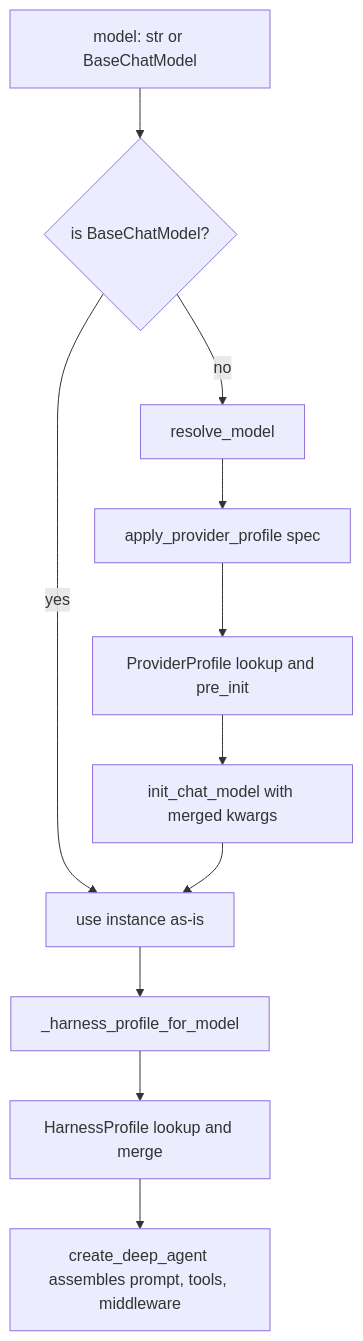
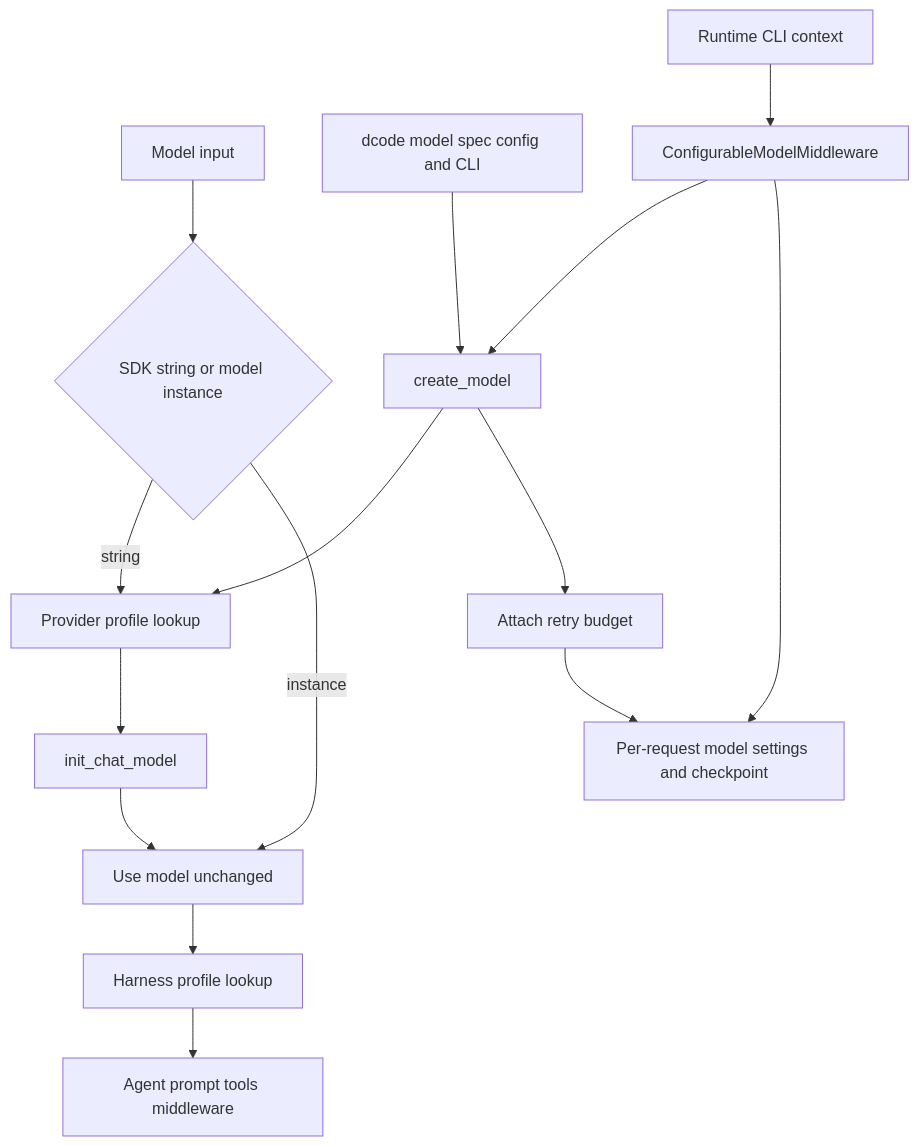
One commit to langchain-ai/deepagents changed the diagram in openwiki/concepts/profiles-models.md. Above: the diagram before and after it, drawn with Mermaid. The commit also changed other lines of this file and 63 other files, not shown here.

````diff
--- a/openwiki/concepts/profiles-models.md
+++ b/openwiki/concepts/profiles-models.md
@@ -66,13 +45,17 @@
 ```mermaid
 flowchart TD
-    A["model: str or BaseChatModel"] --> B{"is BaseChatModel?"}
-    B -->|yes| D["use instance as-is"]
-    B -->|no| C["resolve_model"]
-    C --> E["apply_provider_profile spec"]
-    E --> F["ProviderProfile lookup and pre_init"]
-    F --> G["init_chat_model with merged kwargs"]
-    G --> D
-    D --> H["_harness_profile_for_model"]
-    H --> I["HarnessProfile lookup and merge"]
-    I --> J["create_deep_agent assembles prompt, tools, middleware"]
+    Input["Model input"] --> Sdk{"SDK string or model instance"}
+    Sdk -->|"string"| Provider["Provider profile lookup"]
+    Provider --> Construct["init_chat_model"]
+    Sdk -->|"instance"| Built["Use model unchanged"]
+    Construct --> Built
+    Built --> Harness["Harness profile lookup"]
+    Harness --> Agent["Agent prompt tools middleware"]
+    Dcode["dcode model spec config and CLI"] --> Create["create_model"]
+    Create --> Provider
+    Create --> Stamp["Attach retry budget"]
+    Session["Runtime CLI context"] --> Swap["ConfigurableModelMiddleware"]
+    Swap --> Create
+    Swap --> Request["Per-request model settings and checkpoint"]
+    Stamp --> Request
 ```
````
